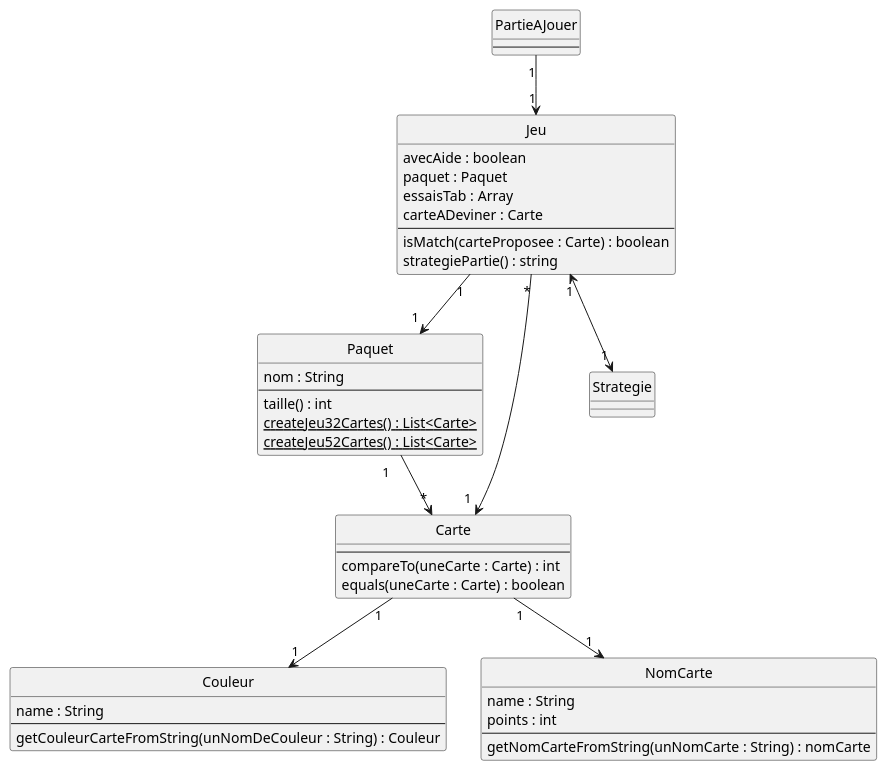
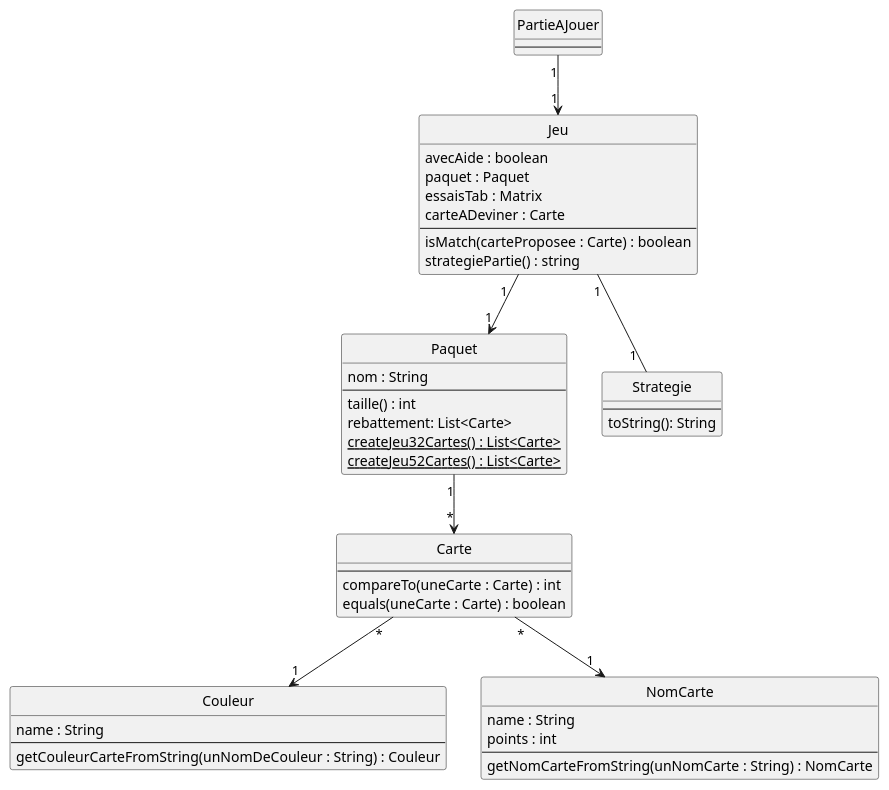
Before and after one commit to DemoxDev/devineCarte_Js: the first of 2 diagrams in README.adoc, drawn with PlantUML.

Commit message:
Correction UML 2

```diff
--- a/README.adoc
+++ b/README.adoc
@@ -51,60 +51,62 @@
 [plantuml]
 ----
 @startuml
 
 class Jeu {
   avecAide : boolean
   paquet : Paquet
-  essaisTab : Array
+  essaisTab : Matrix
   carteADeviner : Carte
   ----
   isMatch(carteProposee : Carte) : boolean
   strategiePartie() : string
 }
 
 class Paquet {
   nom : String
   ---
   taille() : int
+  rebattement: List<Carte>
   {static} createJeu32Cartes() : List<Carte>
   {static} createJeu52Cartes() : List<Carte>
 }
 
 class Carte {
   ---
   compareTo(uneCarte : Carte) : int
   equals(uneCarte : Carte) : boolean
 }
 
 class Couleur {
   name : String
   ---
   getCouleurCarteFromString(unNomDeCouleur : String) : Couleur
 }
 
 class NomCarte {
   name : String
   points : int
   ----
-  getNomCarteFromString(unNomCarte : String) : nomCarte
+  getNomCarteFromString(unNomCarte : String) : NomCarte
 }
 
 class PartieAJouer {
   ---
 }
 
 class Strategie {
+ ----
+toString(): String
 }
 
 
 PartieAJouer "1" --> "1" Jeu
-Jeu"*" --> "\n  1  " Carte
-Jeu"1" --> " 1  " Paquet
-Paquet "    1    " --> "    *" Carte
-Jeu"1" <--> "  1" Strategie
-Carte"1" --> "1"Couleur
-Carte"1" --> "1"NomCarte
+Jeu"1  " --> "1" Paquet
+Jeu"1" -- "\t\t1" Strategie
+Paquet "1" --> "*" Carte
+Carte "*" --> "1"Couleur
+Carte "*" --> "1"NomCarte
 hide circle
 
 @enduml
 ----
```
